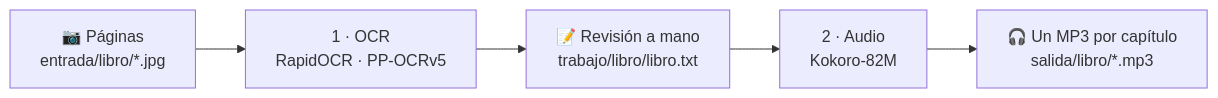
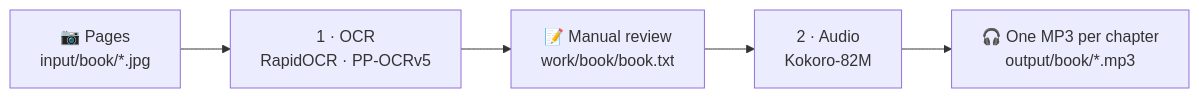
One commit to ZappaGit/fromBookToAudio changed the diagram in README.md. Above: the diagram before and after it, drawn with Mermaid. The commit also changed other lines of this file and 11 other files, not shown here.

````diff
--- a/README.md
+++ b/README.md
@@ -16,7 +16,7 @@
 ```mermaid
 flowchart LR
-    A["📷 Páginas<br/>entrada/libro/*.jpg"] --> B["1 · OCR<br/>RapidOCR · PP-OCRv5"]
-    B --> C["📝 Revisión a mano<br/>trabajo/libro/libro.txt"]
+    A["📷 Pages<br/>input/book/*.jpg"] --> B["1 · OCR<br/>RapidOCR · PP-OCRv5"]
+    B --> C["📝 Manual review<br/>work/book/book.txt"]
     C --> D["2 · Audio<br/>Kokoro-82M"]
-    D --> E["🎧 Un MP3 por capítulo<br/>salida/libro/*.mp3"]
+    D --> E["🎧 One MP3 per chapter<br/>output/book/*.mp3"]
 ```
````
